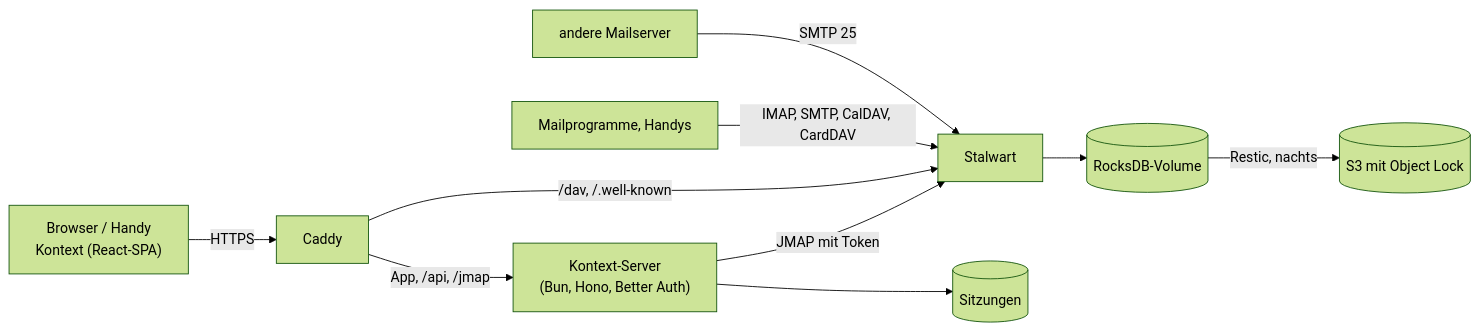
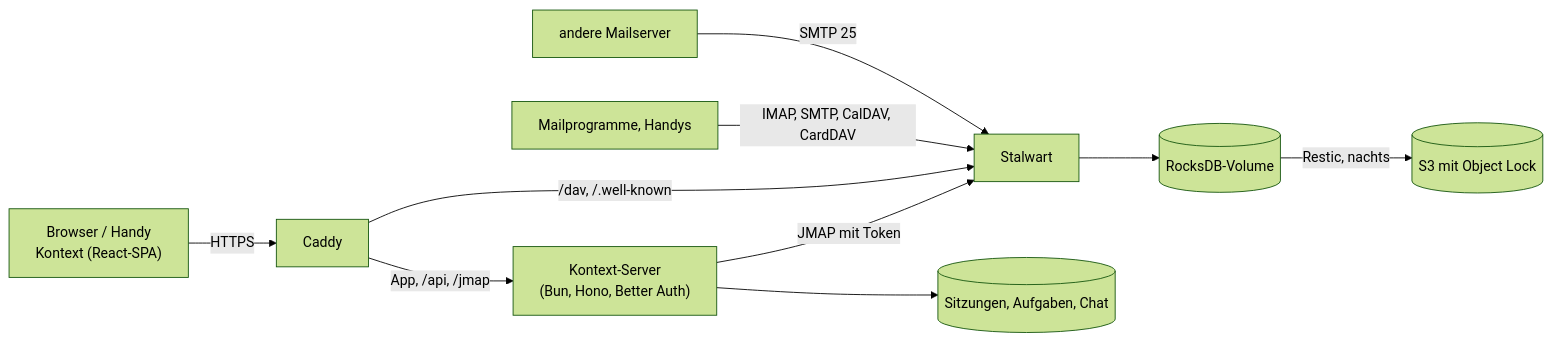
Before and after one commit to firsttris/kontext: the diagram in docs/architecture.md, drawn with Mermaid (forest theme). The commit also changed other lines of this file and 42 other files, not shown here.

````diff
--- a/docs/architecture.md
+++ b/docs/architecture.md
@@ -3,12 +3,12 @@
 ```mermaid
 flowchart LR
   Browser["Browser / Handy<br>Kontext (React-SPA)"] -->|HTTPS| Caddy
   Caddy -->|"App, /api, /jmap"| Server["Kontext-Server<br>(Bun, Hono, Better Auth)"]
   Server -->|"JMAP mit Token"| Stalwart
-  Server --> SQLite[("Sitzungen")]
+  Server --> SQLite[("Sitzungen, Aufgaben, Chat")]
   Caddy -->|"/dav, /.well-known"| Stalwart
   Clients["Mailprogramme, Handys"] -->|"IMAP, SMTP, CalDAV, CardDAV"| Stalwart
   Internet["andere Mailserver"] -->|SMTP 25| Stalwart
   Stalwart --> Daten[("RocksDB-Volume")]
   Daten -->|Restic, nachts| S3[("S3 mit Object Lock")]
 ```
````
